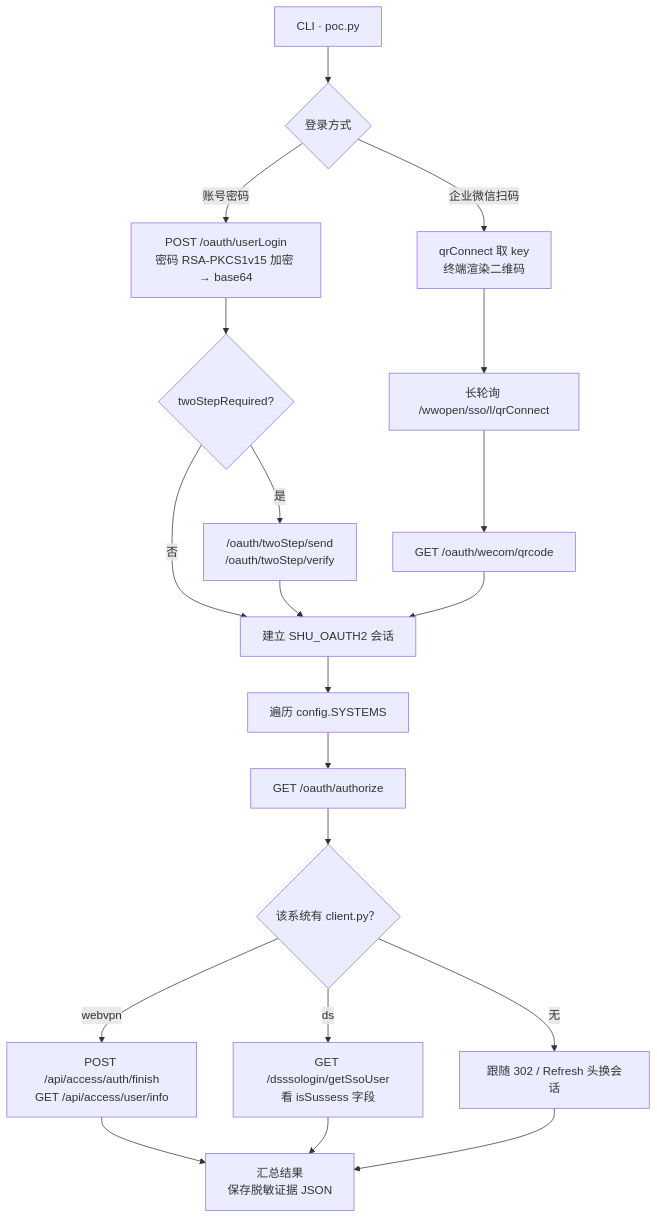
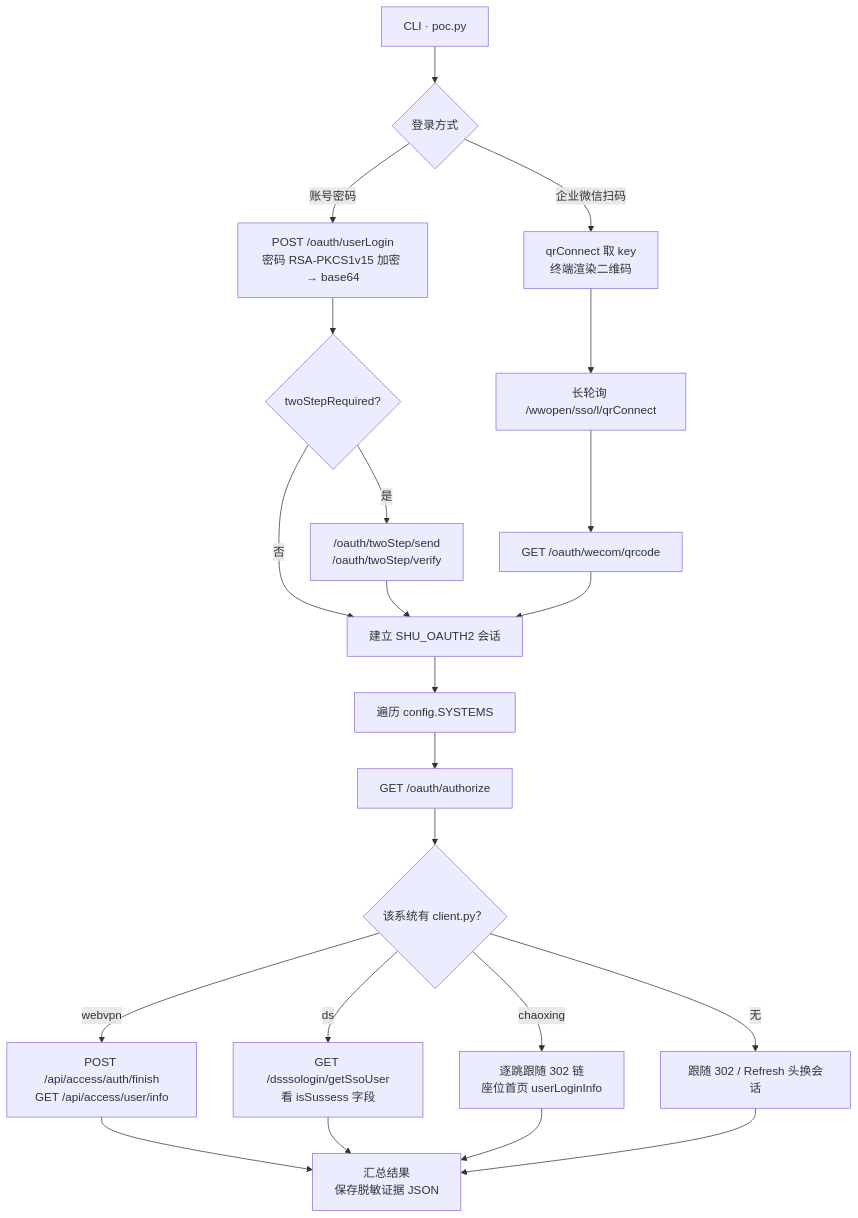
The diagram in README.md (preca-hoshino/shu-sso-poc), drawn with Mermaid before and after one commit. The commit also changed other lines of this file and 6 other files, not shown here.

First line of the commit message:
feat: 新增超星（学习通）图书馆座位的换会话链、配置与文档

````diff
--- a/README.md
+++ b/README.md
@@ -18,22 +18,24 @@
 ```mermaid
 flowchart TD
     A["CLI · poc.py"] --> B{"登录方式"}
     B -->|账号密码| C["POST /oauth/userLogin<br/>密码 RSA-PKCS1v15 加密 → base64"]
     C --> D{"twoStepRequired?"}
     D -->|是| E["/oauth/twoStep/send<br/>/oauth/twoStep/verify"]
     D -->|否| F["建立 SHU_OAUTH2 会话"]
     E --> F
     B -->|企业微信扫码| G["qrConnect 取 key<br/>终端渲染二维码"]
     G --> H["长轮询 /wwopen/sso/l/qrConnect"]
     H --> I["GET /oauth/wecom/qrcode"]
     I --> F
     F --> J["遍历 config.SYSTEMS"]
     J --> K["GET /oauth/authorize"]
     K --> L{"该系统有 client.py？"}
     L -->|webvpn| M["POST /api/access/auth/finish<br/>GET /api/access/user/info"]
     L -->|ds| P["GET /dsssologin/getSsoUser<br/>看 isSussess 字段"]
+    L -->|chaoxing| Q["逐跳跟随 302 链<br/>座位首页 userLoginInfo"]
     L -->|无| N["跟随 302 / Refresh 头换会话"]
     M --> O["汇总结果<br/>保存脱敏证据 JSON"]
     P --> O
+    Q --> O
     N --> O
 ```
````
